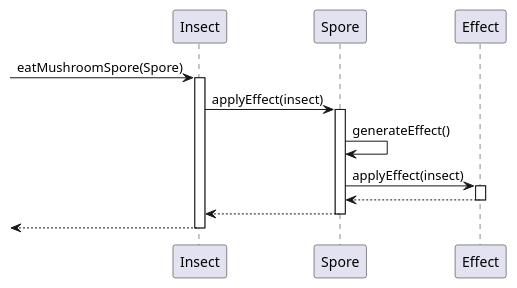
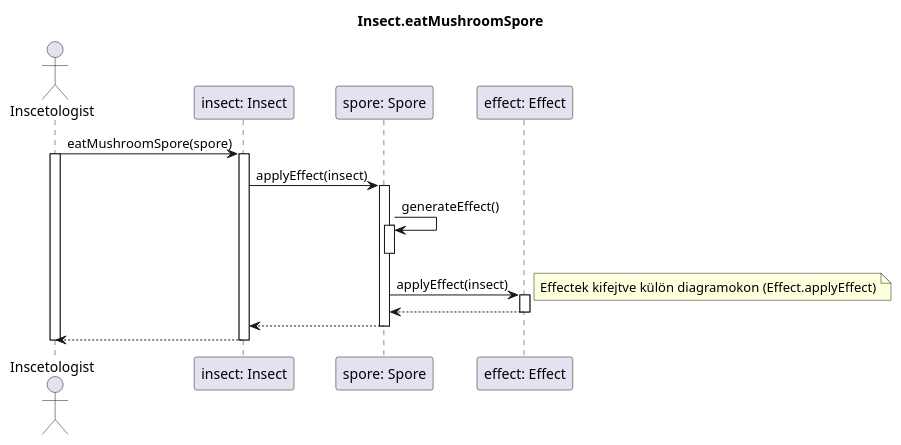
The diagram in diagrams/sequence/insect/eatMushroomSpore.plantuml (dzsem/projlab), drawn with PlantUML before and after one commit. The commit also changed 1 other file, not shown here.

Commit message:
Fixed insect/eatMushrooom and deleted insect/getActions

```diff
--- a/diagrams/sequence/insect/eatMushroomSpore.plantuml
+++ b/diagrams/sequence/insect/eatMushroomSpore.plantuml
@@ -1,35 +1,34 @@
 @startuml SporeEating
+title Insect.eatMushroomSpore
 
-participant "Insect" as insect
-participant "Spore" as spore
-participant "Effect" as effect
+actor "Inscetologist" as insectologist  
+participant "insect: Insect" as insect
+participant "spore: Spore" as spore
+participant "effect: Effect" as effect
 
-
-->insect: eatMushroomSpore(Spore)
+insectologist -> insect: eatMushroomSpore(spore)
+activate insectologist
 activate insect
-
     
 insect->spore : applyEffect(insect)
-
 activate spore
 
-
-
 spore->spore : generateEffect()
-
+activate spore
+deactivate spore
 
 spore ->effect : applyEffect(insect)
 activate effect
+note right: Effectek kifejtve külön diagramokon (Effect.applyEffect)
 
 spore <-- effect
 deactivate effect
 
 insect <-- spore
 deactivate spore
 
-<-- insect
+insectologist <-- insect
 deactivate insect
-
-
+deactivate insectologist
 
 @enduml
```
